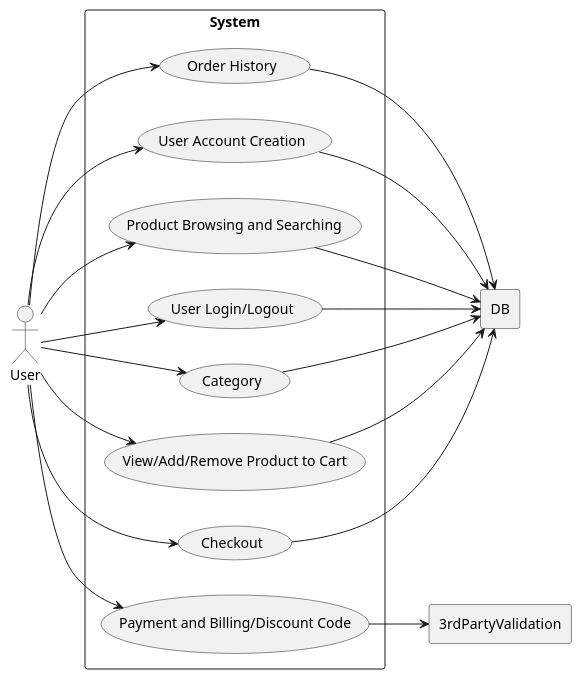
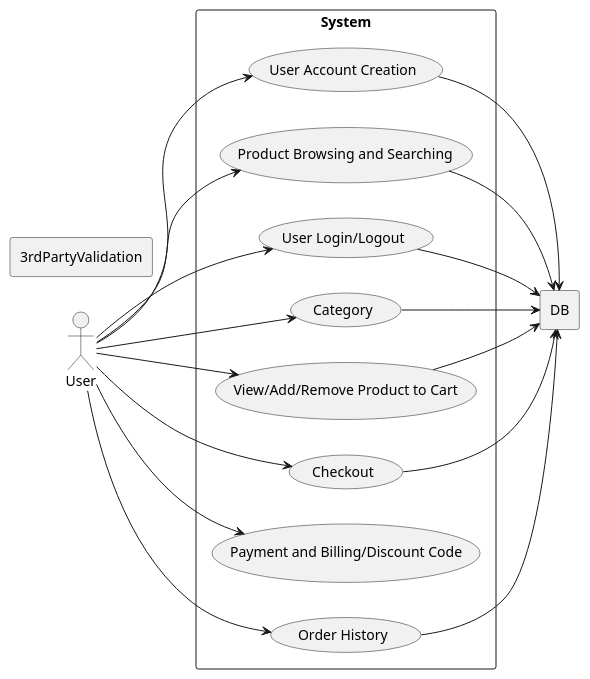
One commit to HighlyHylian/online-ecommerce-platform changed the diagram in diagrams/US-01_through_10 Use Case.puml. Above: the diagram before and after it, drawn with PlantUML. The commit also changed 26 other files, not shown here.

Commit message:
Pictures of the diagrams

```diff
--- a/diagrams/US-01_through_10 Use Case.puml
+++ b/diagrams/US-01_through_10 Use Case.puml
@@ -3,60 +3,60 @@
 @startuml US-01, US-03, US-04, US-05, US-07, US-10, US-27
 left to right direction
 actor User
 actor DB
 actor 3rdPartyValidation
 
 rectangle System {
   usecase "User Account Creation" as U1
   usecase "Product Browsing and Searching" as U2
   usecase "User Login/Logout" as U3
   usecase "Category" as U4
   
   usecase "View/Add/Remove Product to Cart" as U5
   
   usecase "Checkout" as U6
   usecase "Payment and Billing/Discount Code" as U7
   usecase "Order History" as U8
   
 
 
 
 }
 
 rectangle DB {
 '   usecase "Verify Payment Info" as U3
 '   usecase "Prompt for Correct Info" as U4
 '   usecase "Bill User" as U5
 '   usecase "Display Success & Receipt" as U6
 }
 
 rectangle 3rdPartyValidation{
 
 }
 
 User --> U1
 U1 --> DB
 User --> U2
 U2 --> DB
 User --> U3
 U3 --> DB
 User --> U4 
 U4 --> DB
 User --> U5
 U5 --> DB
 User --> U6
 U6 --> DB
 User --> U7
-U7 --> 3rdPartyValidation
+
 
 User --> U8
 U8 --> DB
 
 
 
 
 ' DB --> U3
 ' DB --> U4
 ' DB --> U5
 ' DB --> U6
 @enduml
```
